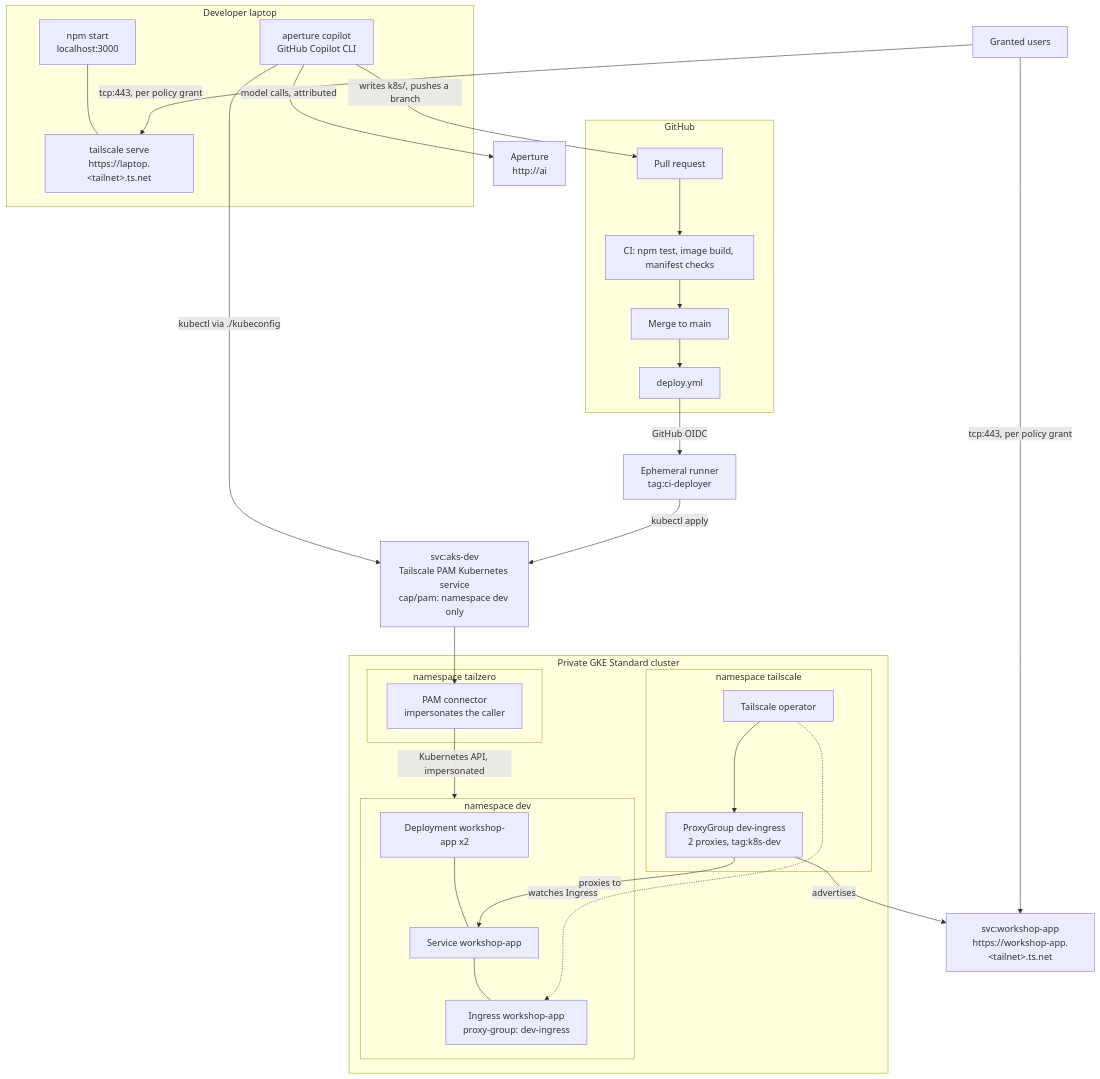
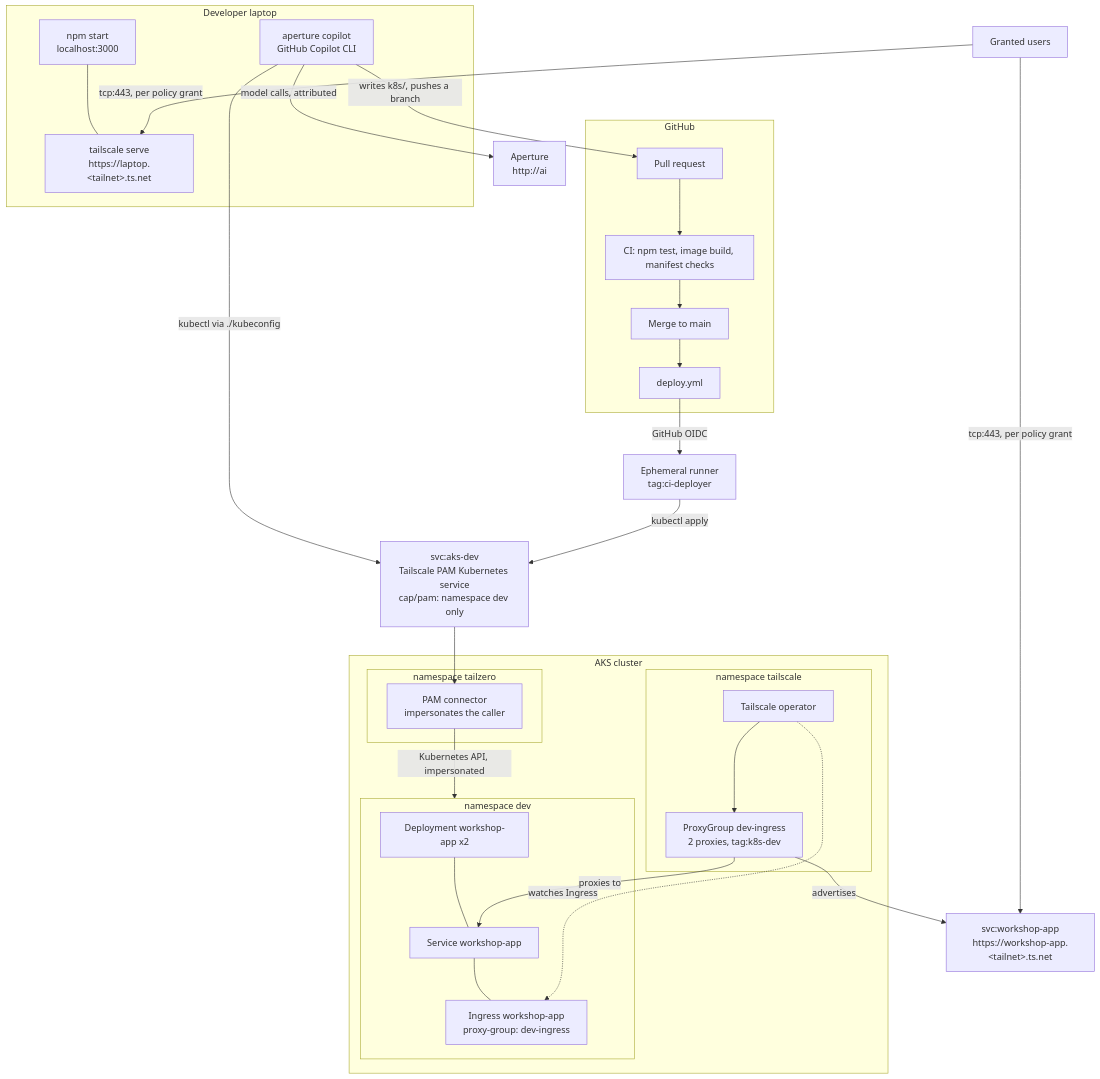
Before and after one commit to kbpersonal/agentic-aided-deployment-workshop: the diagram in README.md, drawn with Mermaid. The commit also changed other lines of this file, not shown here.

Commit message:
README for AKS

````diff
--- a/README.md
+++ b/README.md
@@ -26,52 +26,52 @@
 ```mermaid
 flowchart TB
   subgraph laptop["Developer laptop"]
     app["npm start<br/>localhost:3000"]
     serve["tailscale serve<br/>https://laptop.&lt;tailnet&gt;.ts.net"]
     copilot["aperture copilot<br/>GitHub Copilot CLI"]
     app --- serve
   end
 
   aperture["Aperture<br/>http://ai"]
 
   subgraph github["GitHub"]
     pr["Pull request"] --> ci["CI: npm test, image build, manifest checks"] --> merge["Merge to main"]
     merge --> deploy["deploy.yml"]
   end
 
   runner["Ephemeral runner<br/>tag:ci-deployer"]
   pam["svc:aks-dev<br/>Tailscale PAM Kubernetes service<br/>cap/pam: namespace dev only"]
 
-  subgraph gke["Private GKE Standard cluster"]
+  subgraph aks["AKS cluster"]
     subgraph ns0["namespace tailzero"]
       connector["PAM connector<br/>impersonates the caller"]
     end
     subgraph ns1["namespace dev"]
       dep["Deployment workshop-app x2"]
       svc["Service workshop-app"]
       ing["Ingress workshop-app<br/>proxy-group: dev-ingress"]
       dep --- svc --- ing
     end
     subgraph ns2["namespace tailscale"]
       operator["Tailscale operator"]
       pg["ProxyGroup dev-ingress<br/>2 proxies, tag:k8s-dev"]
     end
   end
 
   tsvc["svc:workshop-app<br/>https://workshop-app.&lt;tailnet&gt;.ts.net"]
   team["Granted users"]
 
   copilot -- "model calls, attributed" --> aperture
   copilot -- "writes k8s/, pushes a branch" --> pr
   copilot -- "kubectl via ./kubeconfig" --> pam
   deploy -- "GitHub OIDC" --> runner
   runner -- "kubectl apply" --> pam
   pam --> connector
   connector -- "Kubernetes API, impersonated" --> ns1
   operator -. "watches Ingress" .-> ing
   operator --> pg
   pg -- "advertises" --> tsvc
   pg -- "proxies to" --> svc
   team -- "tcp:443, per policy grant" --> tsvc
   team -- "tcp:443, per policy grant" --> serve
 ```
````
